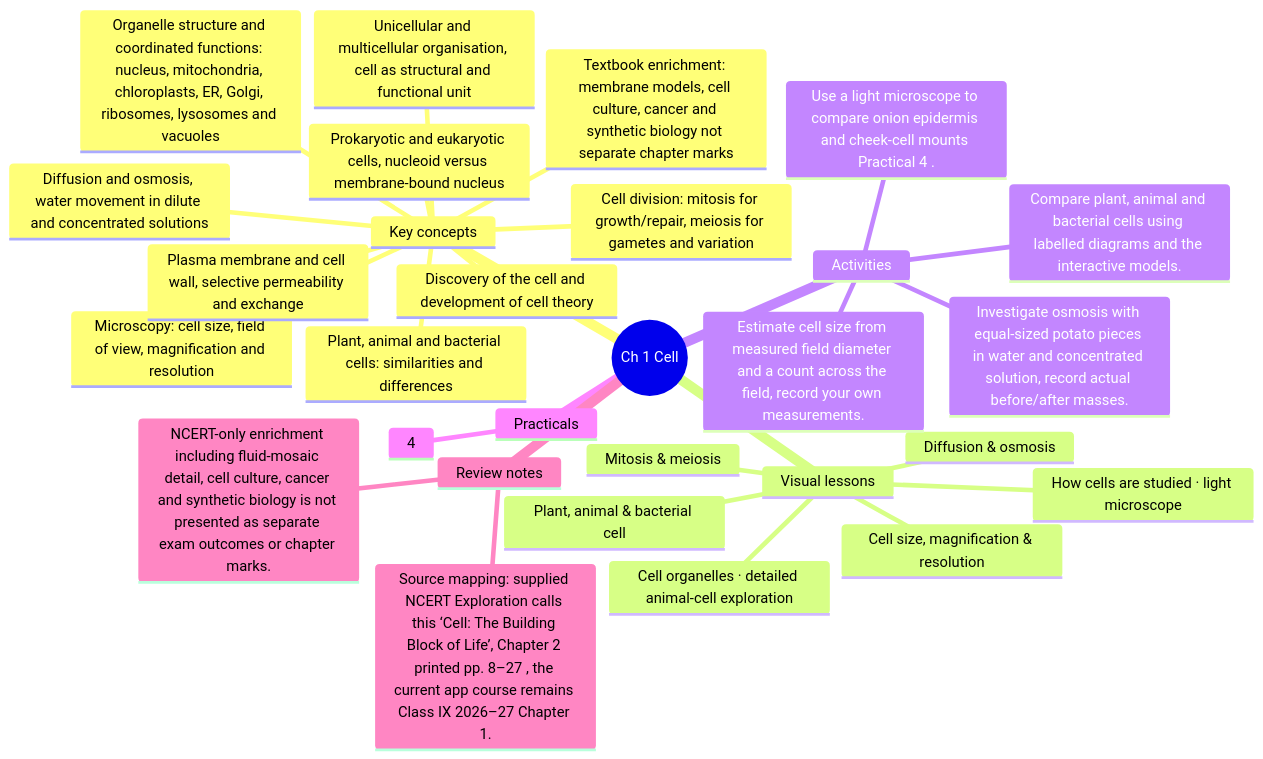
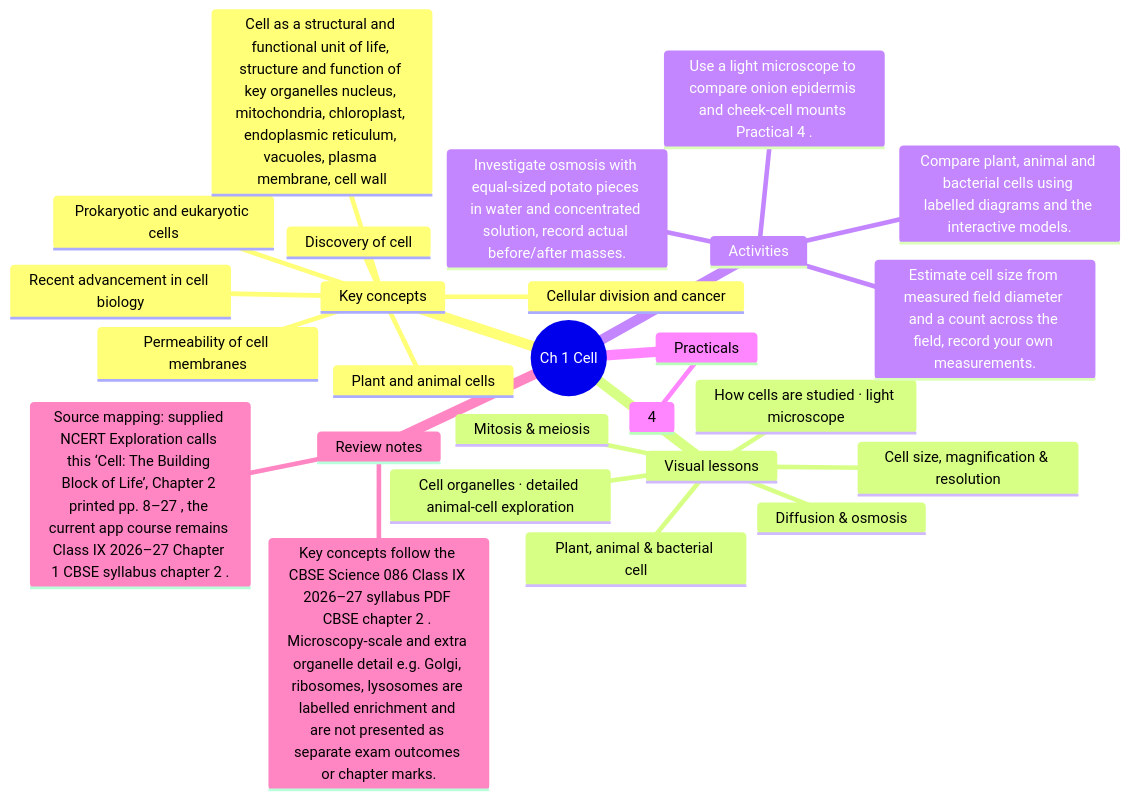
Before and after one commit to anveshix/ifinite-horizon: the first of 25 diagrams in docs/CHAPTER_MINDMAPS.md, drawn with Mermaid. The commit also changed other lines of this file and 2 other files, not shown here.

Commit message:
fix(syllabus): align Class IX/X lesson scope with CBSE 2026-27 PDFs (key concepts, formative/enrichment tags); IKS untouched
Claude-Session: https://claude.ai/code/session_014HUmNwJc3HpQCtQ1rcKYpw

````diff
--- a/docs/CHAPTER_MINDMAPS.md
+++ b/docs/CHAPTER_MINDMAPS.md
@@ -45,32 +45,29 @@
 ```mermaid
 mindmap
   root((Ch 1 Cell))
     Key concepts
-      Microscopy: cell size, field of view, magnification and resolution
-      Discovery of the cell and development of cell theory
-      Unicellular and multicellular organisation, cell as structural and functional unit
-      Plant, animal and bacterial cells: similarities and differences
-      Prokaryotic and eukaryotic cells, nucleoid versus membrane-bound nucleus
-      Plasma membrane and cell wall, selective permeability and exchange
-      Diffusion and osmosis, water movement in dilute and concentrated solutions
-      Organelle structure and coordinated functions: nucleus, mitochondria, chloroplasts, ER, Golgi, ribosomes, lysosomes and vacuoles
-      Cell division: mitosis for growth/repair, meiosis for gametes and variation
-      Textbook enrichment: membrane models, cell culture, cancer and synthetic biology not separate chapter marks
+      Discovery of cell
+      Plant and animal cells
+      Prokaryotic and eukaryotic cells
+      Cell as a structural and functional unit of life, structure and function of key organelles nucleus, mitochondria, chloroplast, endoplasmic reticulum, vacuoles, plasma membrane, cell wall
+      Permeability of cell membranes
+      Cellular division and cancer
+      Recent advancement in cell biology
     Visual lessons
       Plant, animal & bacterial cell
       Diffusion & osmosis
       Mitosis & meiosis
       How cells are studied · light microscope
       Cell size, magnification & resolution
       Cell organelles · detailed animal-cell exploration
     Activities
       Use a light microscope to compare onion epidermis and cheek-cell mounts Practical 4 .
       Estimate cell size from measured field diameter and a count across the field, record your own measurements.
       Investigate osmosis with equal-sized potato pieces in water and concentrated solution, record actual before/after masses.
       Compare plant, animal and bacterial cells using labelled diagrams and the interactive models.
     Practicals
       4
     Review notes
-      Source mapping: supplied NCERT Exploration calls this ‘Cell: The Building Block of Life’, Chapter 2 printed pp. 8–27 , the current app course remains Class IX 2026–27 Chapter 1.
-      NCERT-only enrichment including fluid-mosaic detail, cell culture, cancer and synthetic biology is not presented as separate exam outcomes or chapter marks.
+      Source mapping: supplied NCERT Exploration calls this ‘Cell: The Building Block of Life’, Chapter 2 printed pp. 8–27 , the current app course remains Class IX 2026–27 Chapter 1 CBSE syllabus chapter 2 .
+      Key concepts follow the CBSE Science 086 Class IX 2026–27 syllabus PDF CBSE chapter 2 . Microscopy-scale and extra organelle detail e.g. Golgi, ribosomes, lysosomes are labelled enrichment and are not presented as separate exam outcomes or chapter marks.
 ```
````
